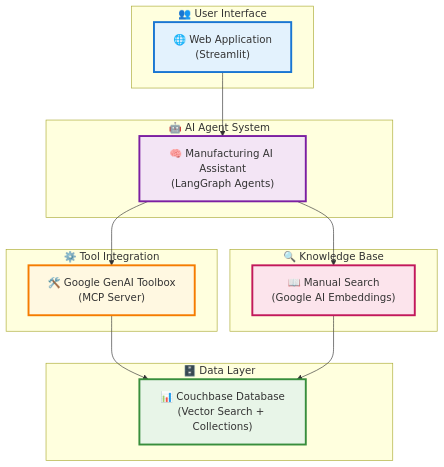
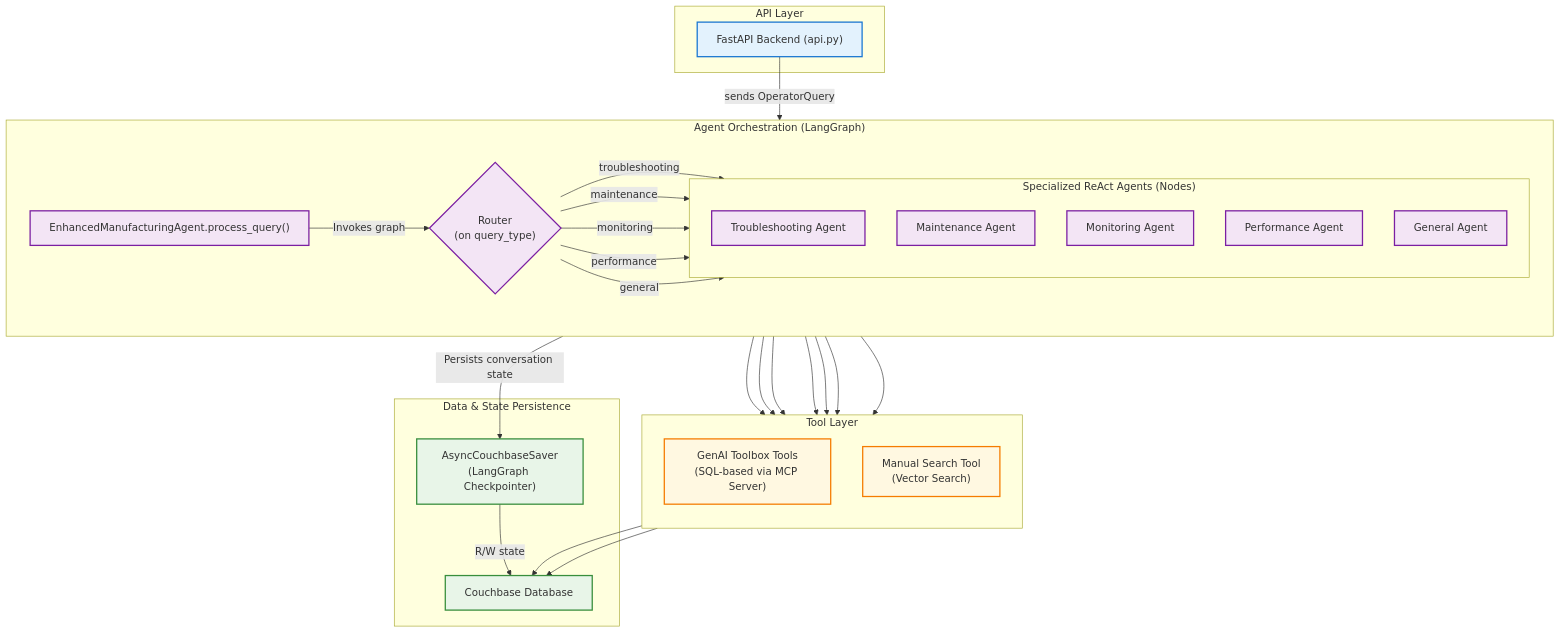
One commit to couchbase-examples/couchbase-google-mcp-toolbox-demo changed the first of 2 diagrams in README.md. Above: the diagram before and after it, drawn with Mermaid.

````diff
--- a/README.md
+++ b/README.md
@@ -19,42 +19,68 @@
 ```mermaid
-graph TB
-    subgraph "👥 User Interface"
-        WebApp["🌐 Web Application<br/>(Streamlit)"]
+graph TD
+    subgraph "API Layer"
+        API["FastAPI Backend (api.py)"]
+    end
+
+    subgraph "Agent Orchestration (LangGraph)"
+        direction LR
+        EnhancedAgent["EnhancedManufacturingAgent.process_query()"] -- "Invokes graph" --> Router{"Router<br/>(on query_type)"}
+        
+        subgraph "Specialized ReAct Agents (Nodes)"
+            direction TB
+            TroubleshootAgent["Troubleshooting Agent"]
+            MaintenanceAgent["Maintenance Agent"]
+            MonitorAgent["Monitoring Agent"]
+            PerformanceAgent["Performance Agent"]
+            GeneralAgent["General Agent"]
+        end
+
+        Router -- "troubleshooting" --> TroubleshootAgent
+        Router -- "maintenance" --> MaintenanceAgent
+        Router -- "monitoring" --> MonitorAgent
+        Router -- "performance" --> PerformanceAgent
+        Router -- "general" --> GeneralAgent
+    end
+
+    subgraph "Tool Layer"
+        direction TB
+        Toolbox["GenAI Toolbox Tools<br/>(SQL-based via MCP Server)"]
+        ManualSearch["Manual Search Tool<br/>(Vector Search)"]
     end
     
-    subgraph "🤖 AI Agent System"
-        AIAssistant["🧠 Manufacturing AI Assistant<br/>(LangGraph Agents)"]
+    subgraph "Data & State Persistence"
+        CouchbaseDB["Couchbase Database"]
+        Checkpointer["AsyncCouchbaseSaver<br/>(LangGraph Checkpointer)"]
     end
+
+    %% Connections from Agents to Tools
+    TroubleshootAgent --> Toolbox
+    TroubleshootAgent --> ManualSearch
+    MaintenanceAgent --> Toolbox
+    MonitorAgent --> Toolbox
+    PerformanceAgent --> Toolbox
+    GeneralAgent --> Toolbox
+    GeneralAgent --> ManualSearch
+
+    %% Connections from Tools to Data
+    Toolbox --> CouchbaseDB
+    ManualSearch --> CouchbaseDB
+
+    %% Connection from API to Agent
+    API -- "sends OperatorQuery" --> EnhancedAgent
     
-    subgraph "⚙️ Tool Integration"
-        GenAIToolbox["🛠️ Google GenAI Toolbox<br/>(MCP Server)"]
-    end
+    %% State Persistence
+    EnhancedAgent -- "Persists conversation state" --> Checkpointer
+    Checkpointer -- "R/W state" --> CouchbaseDB
+
+    %% Styling
+    classDef api fill:#e3f2fd,stroke:#1976d2,stroke-width:2px
+    classDef agent fill:#f3e5f5,stroke:#7b1fa2,stroke-width:2px
+    classDef tools fill:#fff8e1,stroke:#f57c00,stroke-width:2px
+    classDef data fill:#e8f5e8,stroke:#388e3c,stroke-width:2px
     
-    subgraph "🗄️ Data Layer"
-        Couchbase["📊 Couchbase Database<br/>(Vector Search + Collections)"]
-    end
-    
-    subgraph "🔍 Knowledge Base"
-        ManualSearch["📖 Manual Search<br/>(Google AI Embeddings)"]
-    end
-    
-    %% Connections
-    WebApp --> AIAssistant
-    AIAssistant --> GenAIToolbox
-    AIAssistant --> ManualSearch
-    GenAIToolbox --> Couchbase
-    ManualSearch --> Couchbase
-    
-    %% Styling
-    classDef ui fill:#e3f2fd,stroke:#1976d2,stroke-width:3px
-    classDef ai fill:#f3e5f5,stroke:#7b1fa2,stroke-width:3px
-    classDef tools fill:#fff8e1,stroke:#f57c00,stroke-width:3px
-    classDef data fill:#e8f5e8,stroke:#388e3c,stroke-width:3px
-    classDef knowledge fill:#fce4ec,stroke:#c2185b,stroke-width:3px
-    
-    class WebApp ui
-    class AIAssistant ai
-    class GenAIToolbox tools
-    class Couchbase data
-    class ManualSearch knowledge
+    class API,EnhancedAgent,Router,TroubleshootAgent,MaintenanceAgent,MonitorAgent,PerformanceAgent,GeneralAgent agent
+    class Toolbox,ManualSearch tools
+    class CouchbaseDB,Checkpointer data
+    class API api
 ```
````
